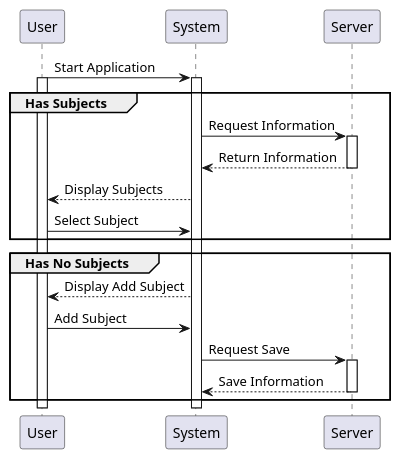
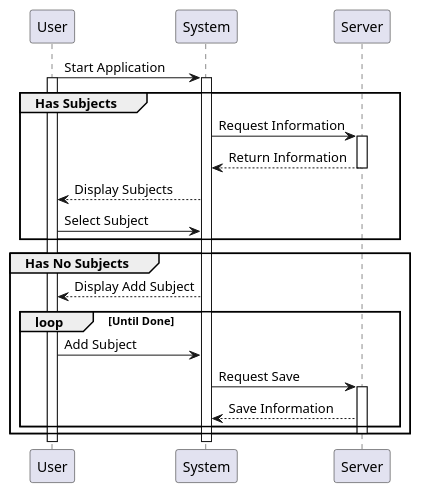
The diagram in app/UML/SSD/SSDSubject.puml (ultiferrago/ElStudioGato), drawn with PlantUML before and after one commit. The commit also changed 3 other files, not shown here.

```diff
--- a/app/UML/SSD/SSDSubject.puml
+++ b/app/UML/SSD/SSDSubject.puml
@@ -1,23 +1,25 @@
 @startuml
 User -> System : Start Application
 activate User
 activate System
 group Has Subjects
 System -> Server : Request Information
 activate Server
 Server --> System : Return Information
 deactivate Server
 System --> User : Display Subjects
 User -> System : Select Subject
 end
 
 group Has No Subjects
 System --> User : Display Add Subject
+loop Until Done
 User -> System : Add Subject
 System -> Server : Request Save
 activate Server
 Server --> System: Save Information
+end
 deactivate Server
 end
 
 @enduml
```
